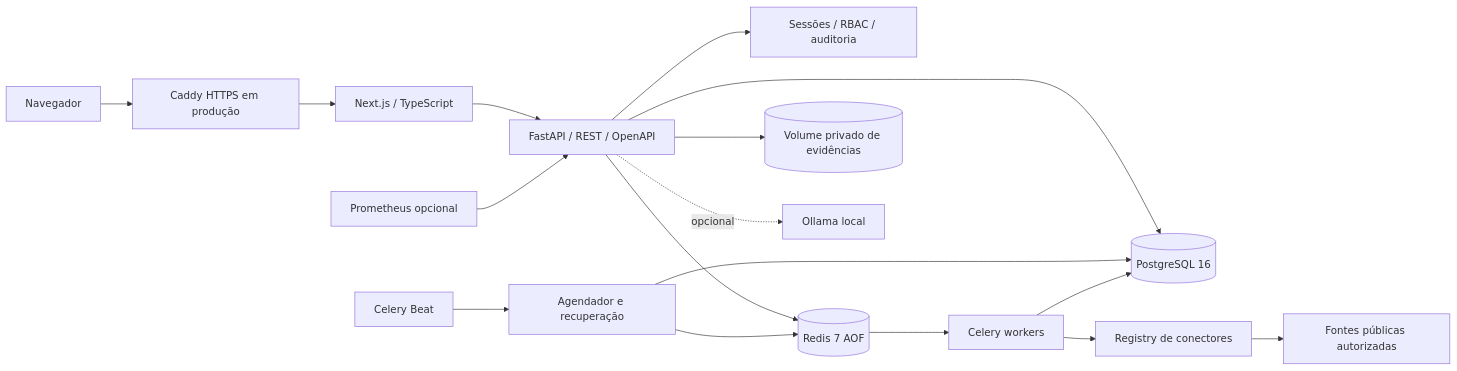
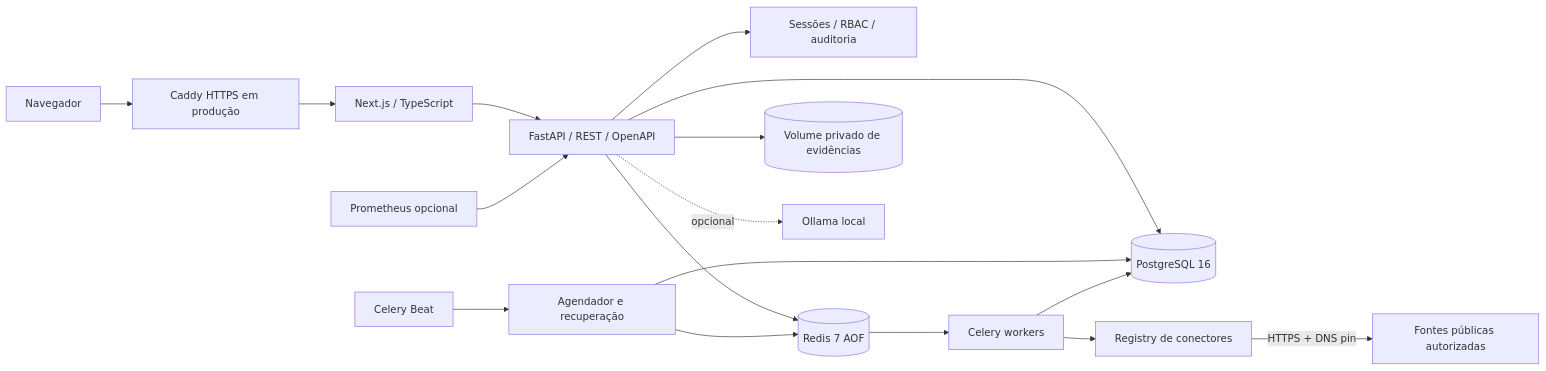
Before and after one commit to vinniboy021-blip/osint-tracker: the first of 2 diagrams in ARCHITECTURE.md, drawn with Mermaid. The commit also changed other lines of this file and 5 other files, not shown here.

````diff
--- a/ARCHITECTURE.md
+++ b/ARCHITECTURE.md
@@ -5,19 +7,19 @@
 ```mermaid
 flowchart LR
   Browser[Navegador] --> TLS[Caddy HTTPS em produção]
   TLS --> Web[Next.js / TypeScript]
   Web --> API[FastAPI / REST / OpenAPI]
   API --> Auth[Sessões / RBAC / auditoria]
   API --> PG[(PostgreSQL 16)]
   API --> R[(Redis 7 AOF)]
   Beat[Celery Beat] --> Scheduler[Agendador e recuperação]
   Scheduler --> PG
   Scheduler --> R
   R --> Worker[Celery workers]
   Worker --> Registry[Registry de conectores]
-  Registry --> Sources[Fontes públicas autorizadas]
+  Registry -->|HTTPS + DNS pin| Sources[Fontes públicas autorizadas]
   Worker --> PG
   API --> Files[(Volume privado de evidências)]
   API -. opcional .-> Ollama[Ollama local]
   Metrics[Prometheus opcional] --> API
 ```
````
